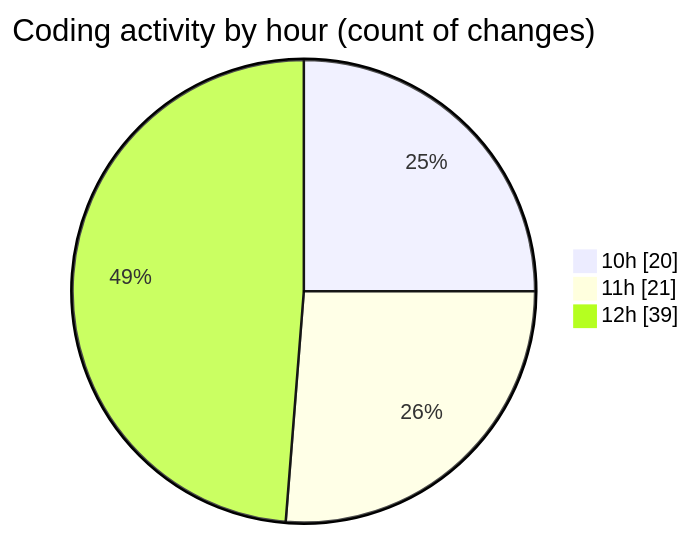
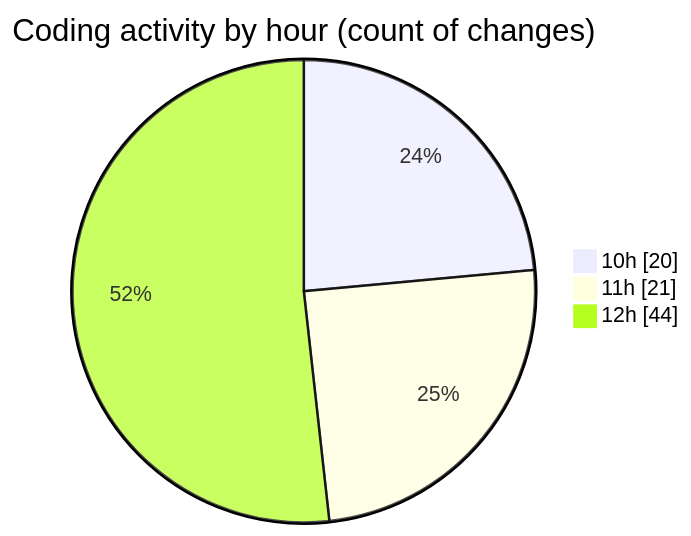
One commit to momahboobian/code-tracking changed the second of 2 diagrams in 2025-05-20/cda/README.md. Above: the diagram before and after it, drawn with Mermaid. The commit also changed other lines of this file and 1 other file, not shown here.

````diff
--- a/2025-05-20/cda/README.md
+++ b/2025-05-20/cda/README.md
@@ -42,7 +43,7 @@
 ```mermaid
 pie showData
 title Coding activity by hour (count of changes)
 "10h" : 20
 "11h" : 21
-"12h" : 39
+"12h" : 44
 ```
````
